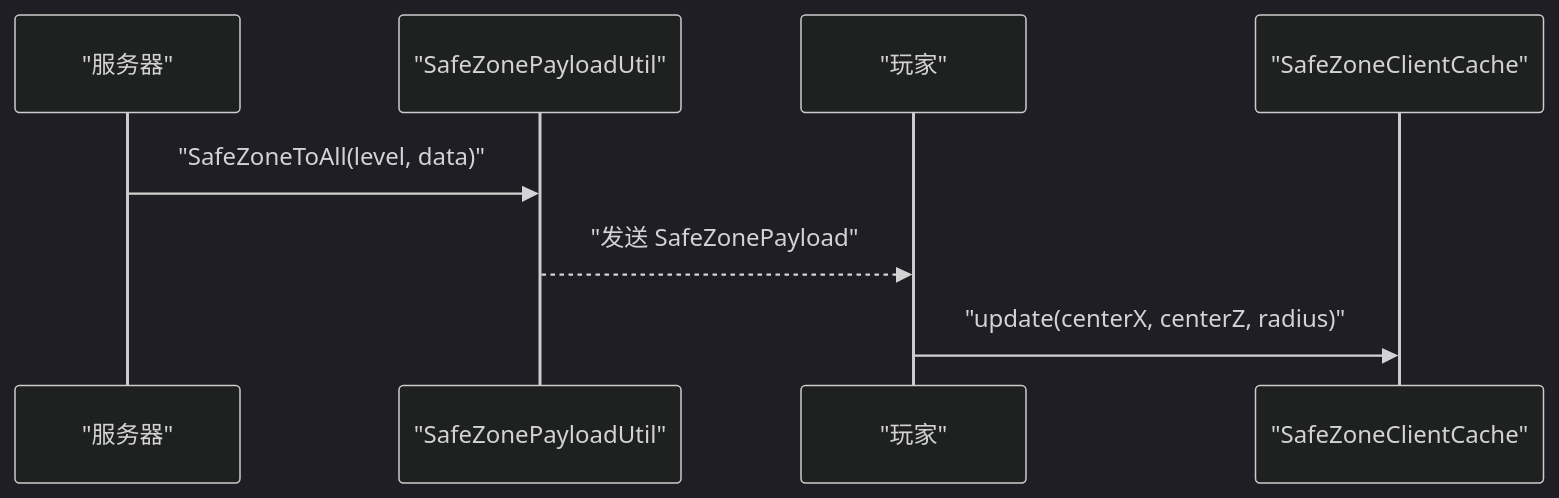
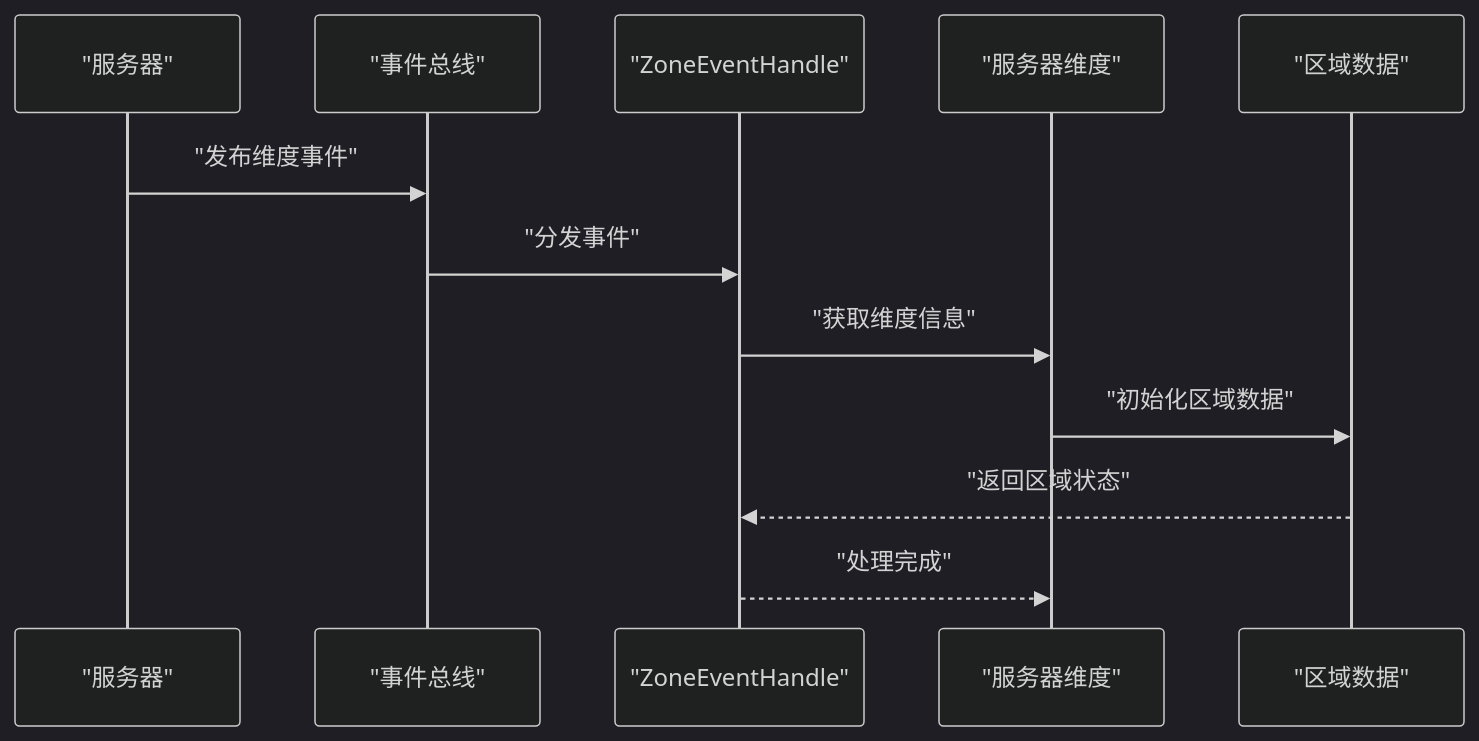
The sixth of 9 diagrams in .qoder/repowiki/zh/content/模块架构/Beyond安全区模块/安全区数据模型.md (Ver-shift/SubModulesGeneHunter), drawn with Mermaid (dark theme) before and after one commit. The commit also changed other lines of this file and 42 other files, not shown here.

````diff
--- a/.qoder/repowiki/zh/content/模块架构/Beyond安全区模块/安全区数据模型.md
+++ b/.qoder/repowiki/zh/content/模块架构/Beyond安全区模块/安全区数据模型.md
@@ -257,10 +347,14 @@
 ```mermaid
 sequenceDiagram
 participant Server as "服务器"
-participant Util as "SafeZonePayloadUtil"
-participant Player as "玩家"
-participant ClientCache as "SafeZoneClientCache"
-Server->>Util : "SafeZoneToAll(level, data)"
-Util-->>Player : "发送 SafeZonePayload"
-Player->>ClientCache : "update(centerX, centerZ, radius)"
+participant EventBus as "事件总线"
+participant Handler as "ZoneEventHandle"
+participant Level as "服务器维度"
+participant ZoneData as "区域数据"
+Server->>EventBus : "发布维度事件"
+EventBus->>Handler : "分发事件"
+Handler->>Level : "获取维度信息"
+Level->>ZoneData : "初始化区域数据"
+ZoneData-->>Handler : "返回区域状态"
+Handler-->>Level : "处理完成"
 ```
````
